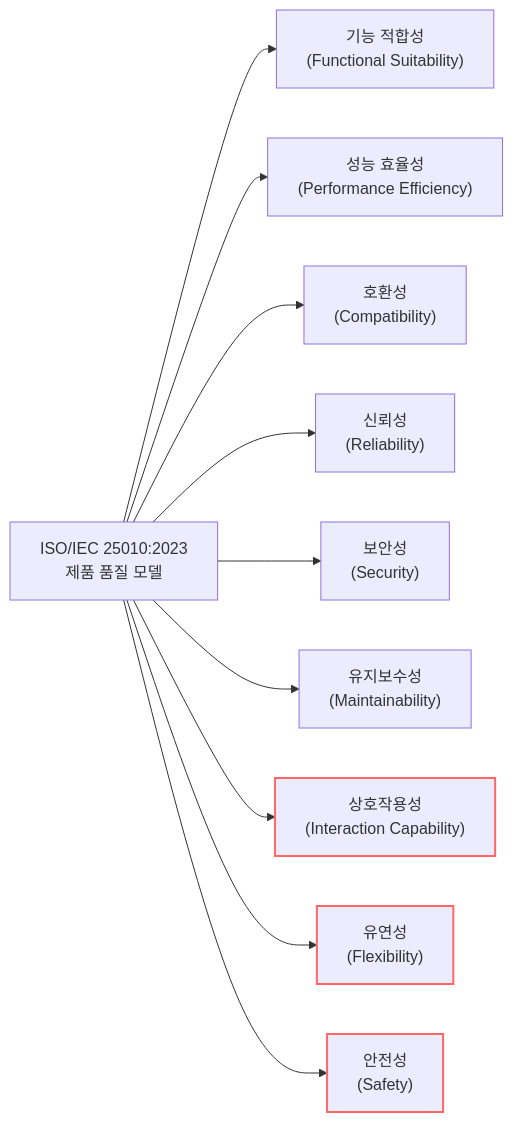
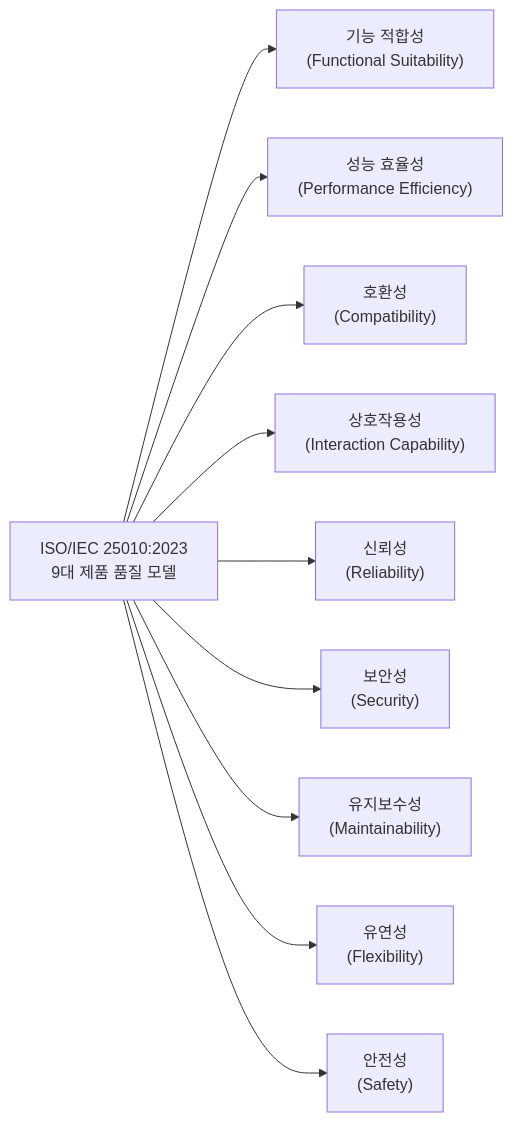
The diagram in content/01_IT Tech/ISO IEC 25010 2023.md (supremethumb/supremethumb.github.io), drawn with Mermaid before and after one commit. The commit also changed other lines of this file and 362 other files, not shown here.

````diff
--- a/content/01_IT Tech/ISO IEC 25010 2023.md
+++ b/content/01_IT Tech/ISO IEC 25010 2023.md
@@ -23,20 +32,14 @@
 ```mermaid
 flowchart LR
-    Root["ISO/IEC 25010:2023<br/>제품 품질 모델"]
+    Root["ISO/IEC 25010:2023<br/>9대 제품 품질 모델"]
     
     Root --> C1["기능 적합성<br/>(Functional Suitability)"]
     Root --> C2["성능 효율성<br/>(Performance Efficiency)"]
     Root --> C3["호환성<br/>(Compatibility)"]
+    Root --> C4["상호작용성<br/>(Interaction Capability)"]
     Root --> C5["신뢰성<br/>(Reliability)"]
     Root --> C6["보안성<br/>(Security)"]
     Root --> C7["유지보수성<br/>(Maintainability)"]
-    
-    Root --> C4["상호작용성<br/>(Interaction Capability)"]
     Root --> C8["유연성<br/>(Flexibility)"]
     Root --> C9["안전성<br/>(Safety)"]
-    
-    style C4 stroke:#f66,stroke-width:2px
-    style C8 stroke:#f66,stroke-width:2px
-    style C9 stroke:#f66,stroke-width:2px
-
 ```
````
